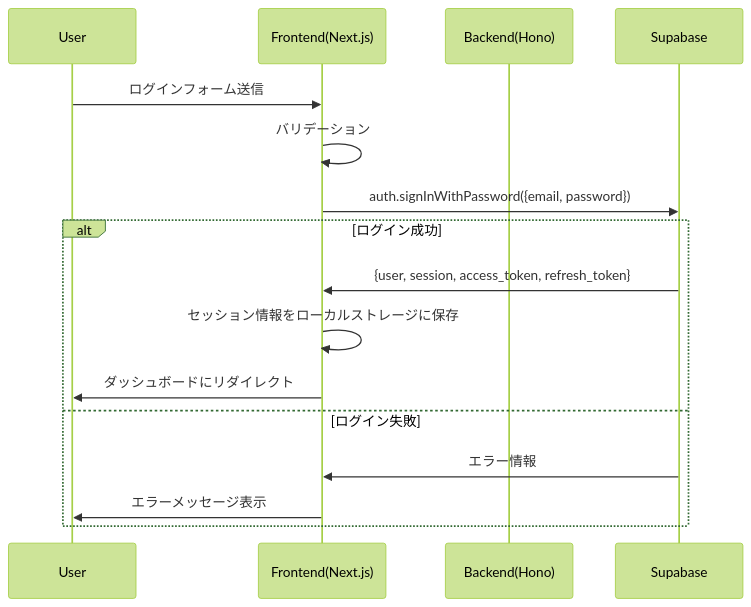
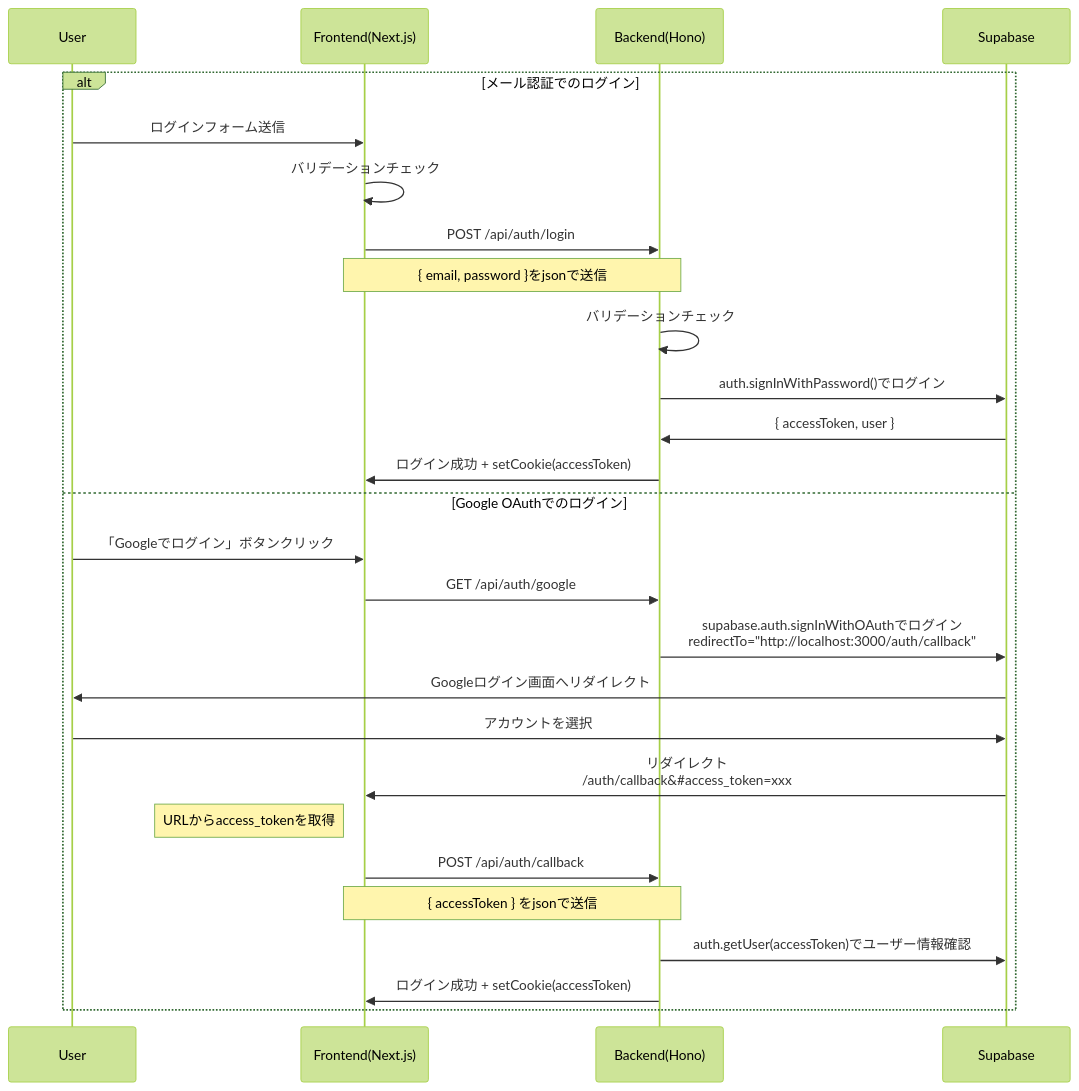
The second of 4 diagrams in docs/station3/doc.md (Takuya0202/foodsnap), drawn with Mermaid (forest theme) before and after one commit. The commit also changed other lines of this file and 1 other file, not shown here.

Commit message:
認証のシーケンス図作成

````diff
--- a/docs/station3/doc.md
+++ b/docs/station3/doc.md
@@ -76,20 +87,32 @@
 ```mermaid
 sequenceDiagram
   participant U as User
   participant F as Frontend(Next.js)
   participant B as Backend(Hono)
-  participant S as Supabase
+  participant DB as Supabase
 
-  U->>F: ログインフォーム送信
-  F->>F: バリデーション
-  F->>S: auth.signInWithPassword({email, password})
-  
-  alt ログイン成功
-    S->>F: {user, session, access_token, refresh_token}
-    F->>F: セッション情報をローカルストレージに保存
-    F->>U: ダッシュボードにリダイレクト
-  else ログイン失敗
-    S->>F: エラー情報
-    F->>U: エラーメッセージ表示
+  alt メール認証でのログイン
+    U->>F: ログインフォーム送信
+    F->>F: バリデーションチェック
+    F->>B: POST /api/auth/login
+    Note over F,B: { email, password }をjsonで送信
+    
+    B->>B: バリデーションチェック
+    B->>DB: auth.signInWithPassword()でログイン
+    DB->>B: { accessToken, user }
+    B->>F: ログイン成功 + setCookie(accessToken)
+    
+  else Google OAuthでのログイン
+    U->>F: 「Googleでログイン」ボタンクリック
+    F->>B: GET /api/auth/google
+    B->>DB: supabase.auth.signInWithOAuthでログイン<br/>redirectTo="http://localhost:3000/auth/callback"
+    DB->>U: Googleログイン画面へリダイレクト
+    U->>DB: アカウントを選択
+    DB->>F: リダイレクト<br/>/auth/callback&#35;access_token=xxx
+    Note left of F: URLからaccess_tokenを取得
+    F->>B: POST /api/auth/callback
+    Note over F,B: { accessToken } をjsonで送信
+    B->>DB: auth.getUser(accessToken)でユーザー情報確認
+    B->>F: ログイン成功 + setCookie(accessToken)
   end
 ```
````
